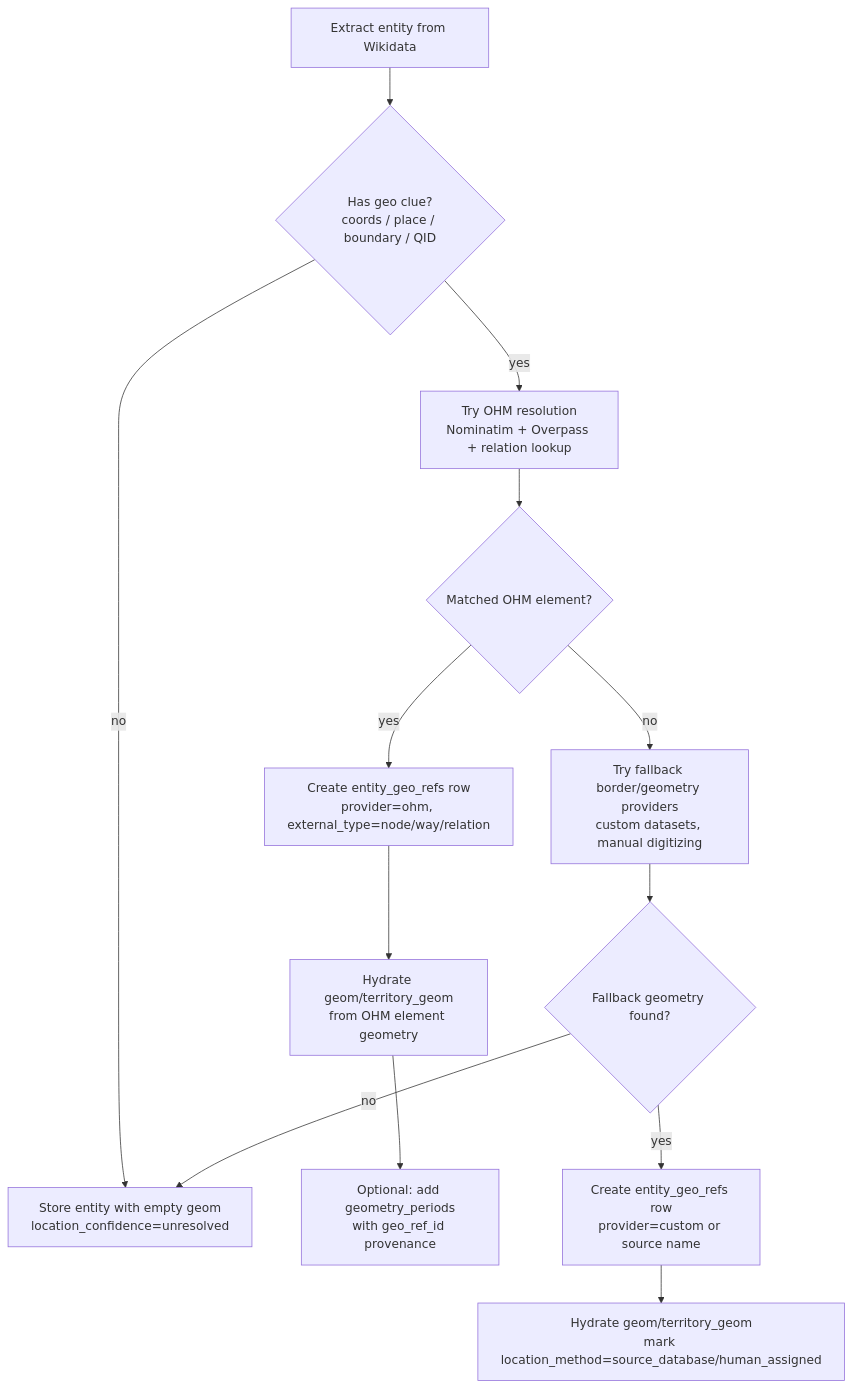
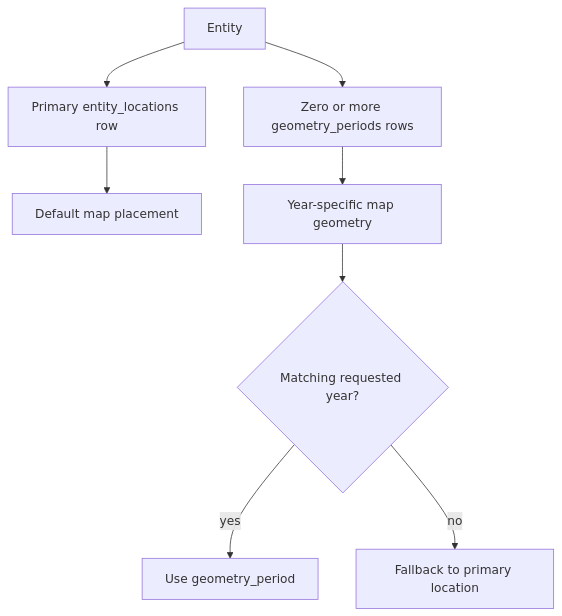
Before and after one commit to PickleSoda/history-mapped: the fourth of 6 diagrams in docs/entity-model/diagrams.md, drawn with Mermaid. The commit also changed other lines of this file and 18 other files, not shown here.

Commit message:
docs: update architecture references

````diff
--- a/docs/entity-model/diagrams.md
+++ b/docs/entity-model/diagrams.md
@@ -226,15 +209,10 @@
 ```mermaid
 flowchart TD
-    A[Extract entity from Wikidata] --> B{Has geo clue?\ncoords / place / boundary / QID}
-    B -- no --> Z[Store entity with empty geom\nlocation_confidence=unresolved]
-    B -- yes --> C[Try OHM resolution\nNominatim + Overpass + relation lookup]
-    C --> D{Matched OHM element?}
-    D -- yes --> E[Create entity_geo_refs row\nprovider=ohm, external_type=node/way/relation]
-    E --> F[Hydrate geom/territory_geom\nfrom OHM element geometry]
-    F --> G[Optional: add geometry_periods\nwith geo_ref_id provenance]
-    D -- no --> H[Try fallback border/geometry providers\ncustom datasets, manual digitizing]
-    H --> I{Fallback geometry found?}
-    I -- yes --> J[Create entity_geo_refs row\nprovider=custom or source name]
-    J --> K[Hydrate geom/territory_geom\nmark location_method=source_database/human_assigned]
-    I -- no --> Z
+    A[Entity] --> B[Primary entity_locations row]
+    A --> C[Zero or more geometry_periods rows]
+    B --> D[Default map placement]
+    C --> E[Year-specific map geometry]
+    E --> F{Matching requested year?}
+    F -- yes --> G[Use geometry_period]
+    F -- no --> H[Fallback to primary location]
 ```
````
